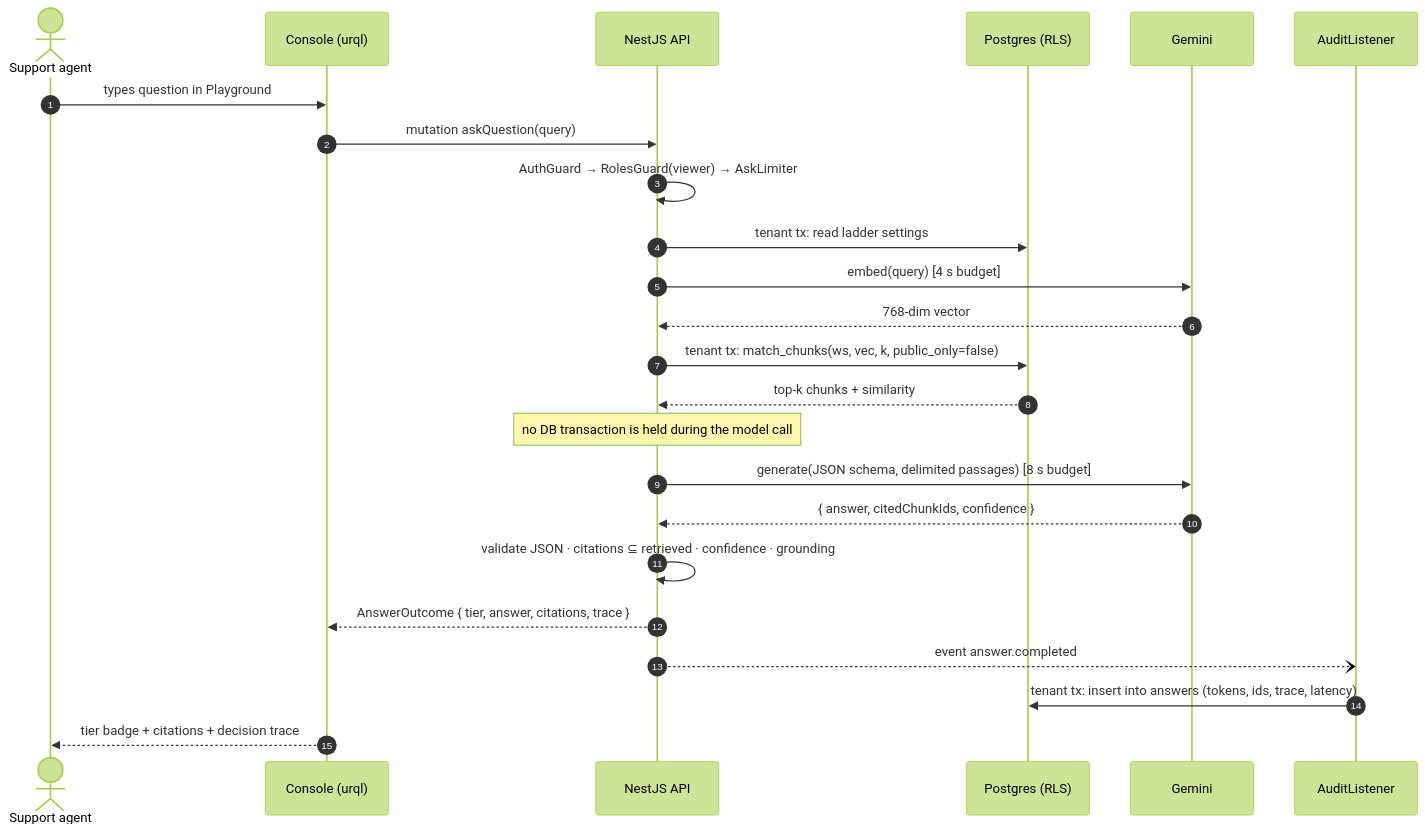
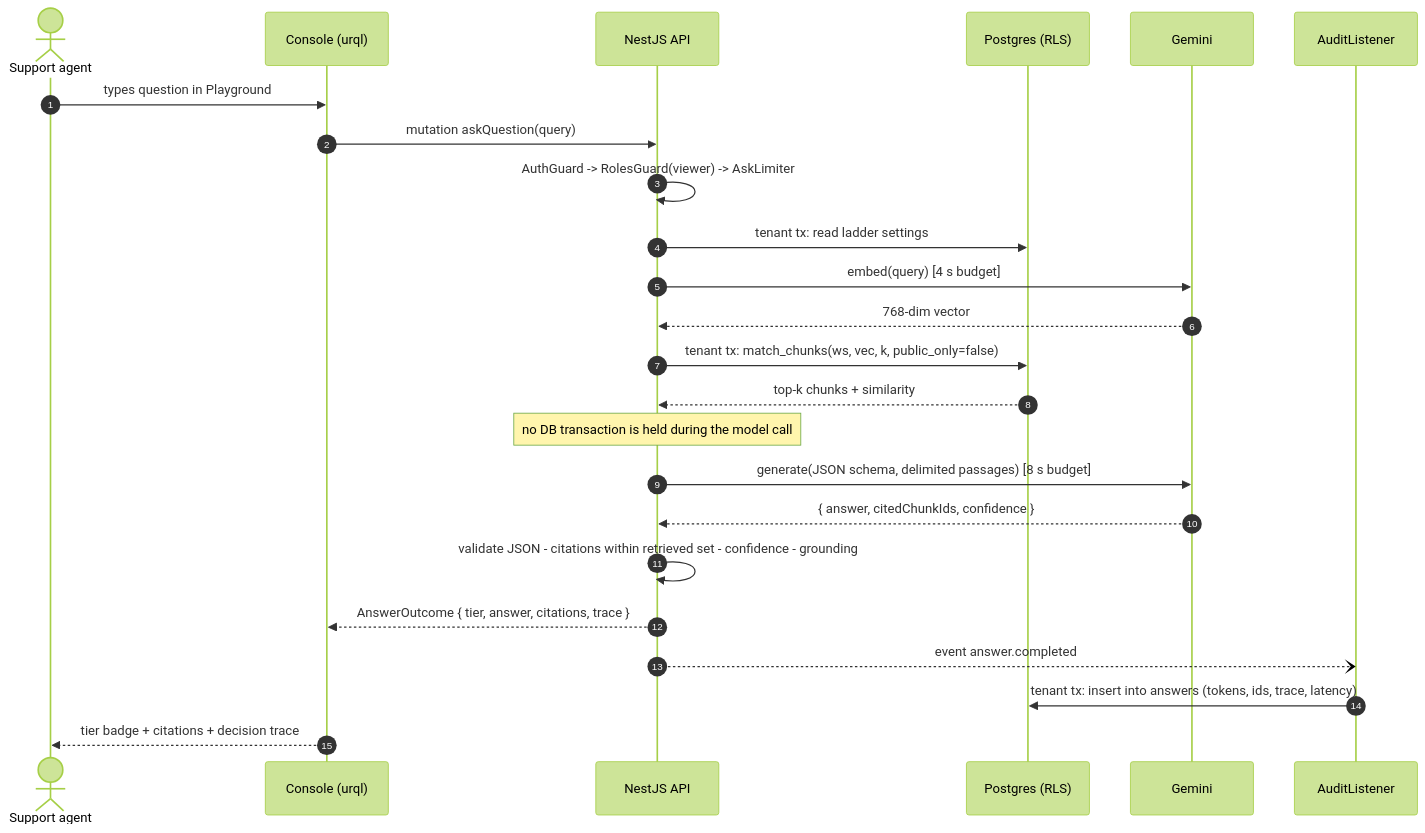
The seventh of 14 diagrams in docs/gist/omni-io-architecture.md (JawadulHadi/omni-io), drawn with Mermaid (forest theme) before and after one commit. The commit also changed other lines of this file, not shown here.

First line of the commit message:
docs(gist): make the architecture doc ASCII-only and drop the raw script tag

````diff
--- a/docs/gist/omni-io-architecture.md
+++ b/docs/gist/omni-io-architecture.md
@@ -270,27 +270,27 @@
 ```mermaid
 sequenceDiagram
   autonumber
   actor U as Support agent
   participant C as Console (urql)
   participant A as NestJS API
   participant P as Postgres (RLS)
   participant G as Gemini
   participant L as AuditListener
 
   U->>C: types question in Playground
   C->>A: mutation askQuestion(query)
-  A->>A: AuthGuard → RolesGuard(viewer) → AskLimiter
+  A->>A: AuthGuard -> RolesGuard(viewer) -> AskLimiter
   A->>P: tenant tx: read ladder settings
   A->>G: embed(query) [4 s budget]
   G-->>A: 768-dim vector
   A->>P: tenant tx: match_chunks(ws, vec, k, public_only=false)
   P-->>A: top-k chunks + similarity
   Note over A: no DB transaction is held during the model call
   A->>G: generate(JSON schema, delimited passages) [8 s budget]
   G-->>A: { answer, citedChunkIds, confidence }
-  A->>A: validate JSON · citations ⊆ retrieved · confidence · grounding
+  A->>A: validate JSON - citations within retrieved set - confidence - grounding
   A-->>C: AnswerOutcome { tier, answer, citations, trace }
   A--)L: event answer.completed
   L->>P: tenant tx: insert into answers (tokens, ids, trace, latency)
   C-->>U: tier badge + citations + decision trace
 ```
````
